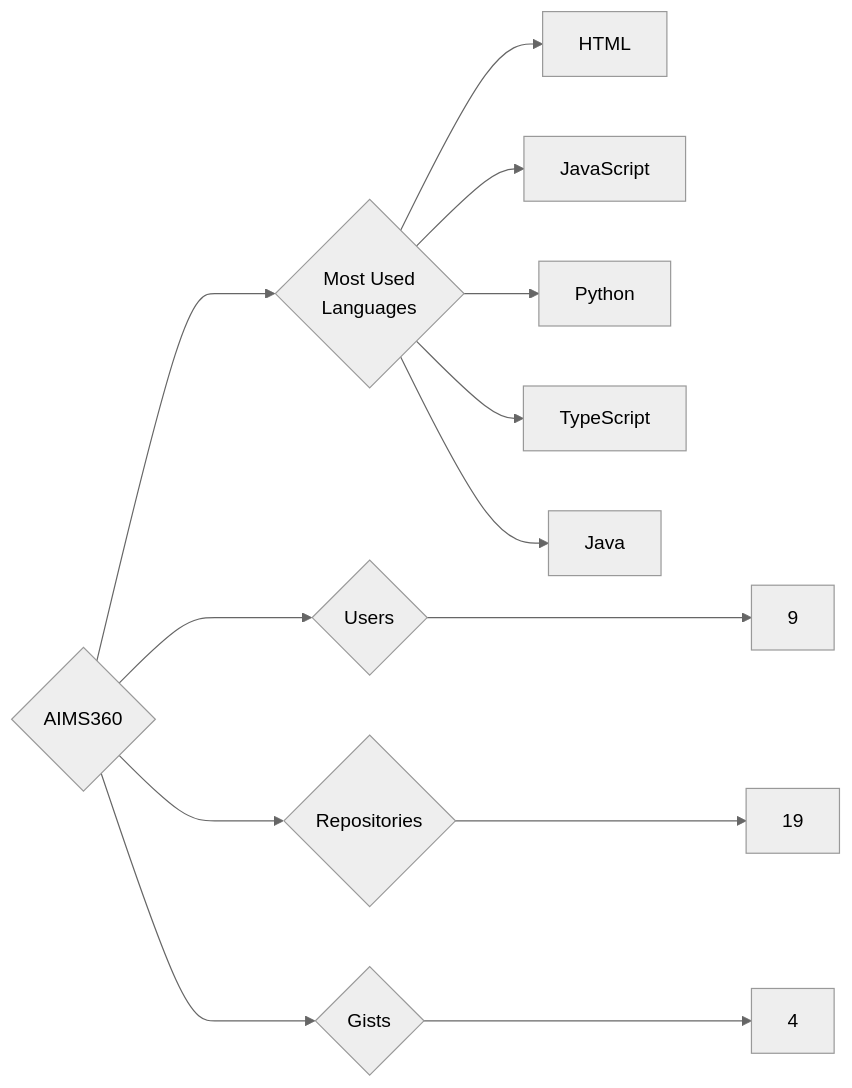
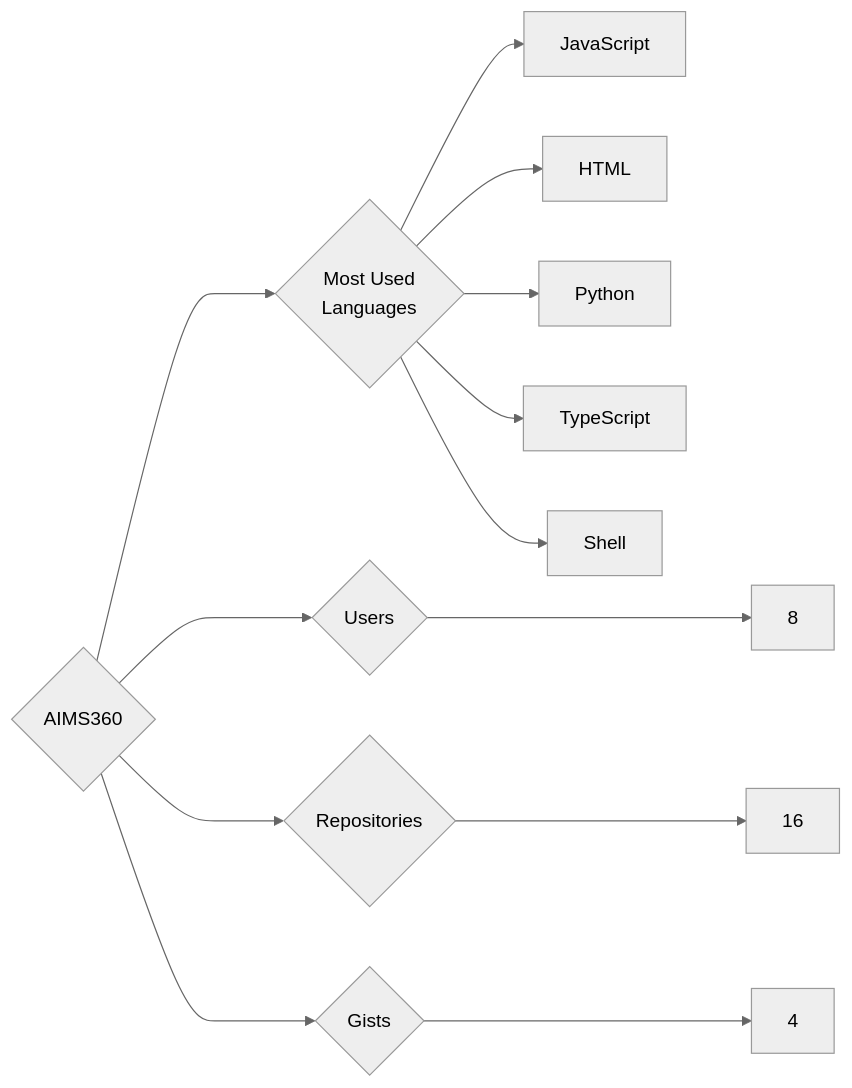
The diagram in targets/AIMS360/README.md (trickest/insiders), drawn with Mermaid (neutral theme) before and after one commit. The commit also changed 1120 other files, not shown here.

````diff
--- a/targets/AIMS360/README.md
+++ b/targets/AIMS360/README.md
@@ -3,13 +3,13 @@
 ```mermaid
 graph LR
 COMPANY_NAME{AIMS360}
-COMPANY_NAME ---> U{Users} ---> UN[9]
-COMPANY_NAME ---> R{Repositories} ---> RN[19]
+COMPANY_NAME ---> U{Users} ---> UN[8]
+COMPANY_NAME ---> R{Repositories} ---> RN[16]
 COMPANY_NAME ---> G{Gists} ---> GN[4]
 COMPANY_NAME ---> ML{Most Used<br>Languages}
+ML --> JavaScript[JavaScript]
 ML --> HTML[HTML]
-ML --> JavaScript[JavaScript]
 ML --> Python[Python]
 ML --> TypeScript[TypeScript]
-ML --> Java[Java]
+ML --> Shell[Shell]
 ```
````
